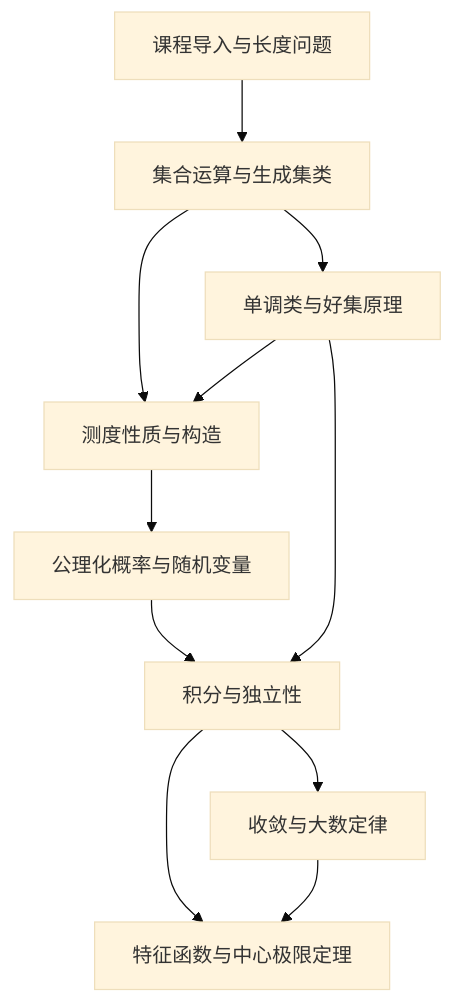
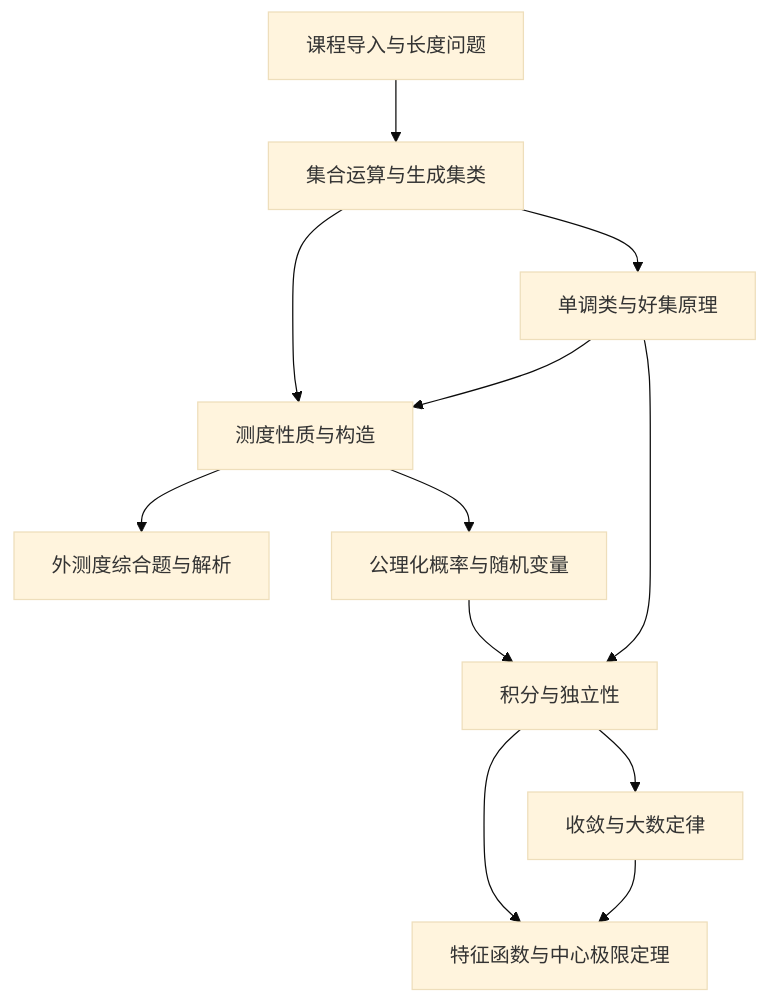
The diagram in 高等概率论/学业辅导讲义/00_讲义总览.md (xsoc1/math-notes), drawn with Mermaid (base theme) before and after one commit. The commit also changed other lines of this file and 4 other files, not shown here.

```diff
--- a/高等概率论/学业辅导讲义/00_讲义总览.md
+++ b/高等概率论/学业辅导讲义/00_讲义总览.md
@@ -24,13 +25,14 @@
 ~~~mermaid
 flowchart TD
 	A[课程导入与长度问题] --> B[集合运算与生成集类]
 	B --> C[单调类与好集原理]
 	B --> D[测度性质与构造]
 	C --> D
+	D --> I[外测度综合题与解析]
 	D --> E[公理化概率与随机变量]
 	E --> F[积分与独立性]
 	C --> F
 	F --> G[收敛与大数定律]
 	F --> H[特征函数与中心极限定理]
 	G --> H
 ~~~
```
